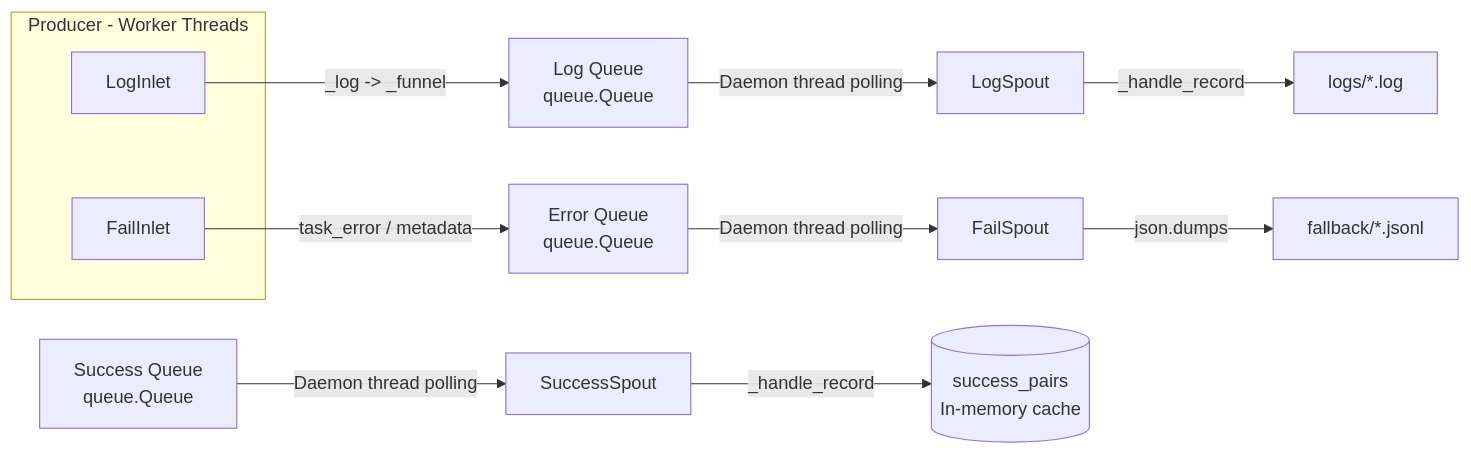
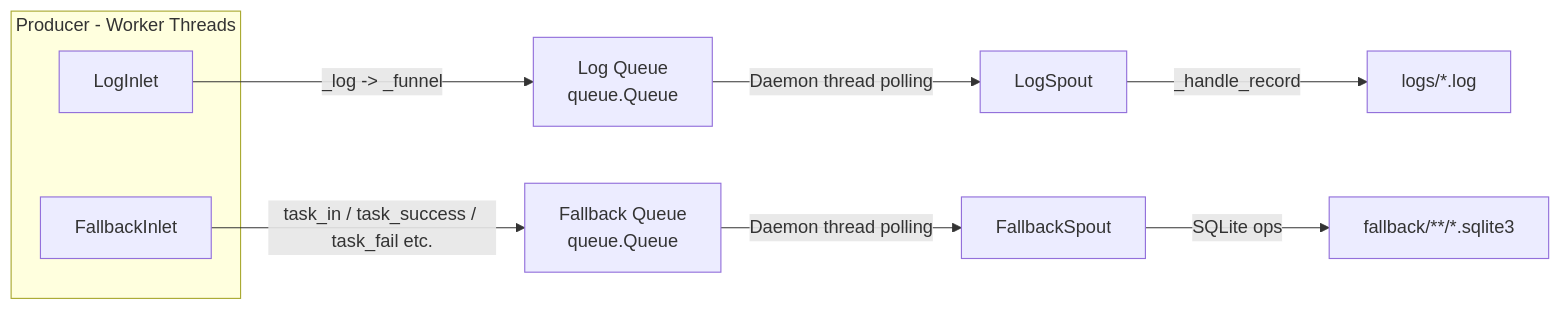
Before and after one commit to Mr-xiaotian/CelestialFlow: the diagram in docs/en/src/persistence/__init__.md, drawn with Mermaid. The commit also changed other lines of this file and 168 other files, not shown here.

````diff
--- a/docs/en/src/persistence/__init__.md
+++ b/docs/en/src/persistence/__init__.md
@@ -80,19 +71,16 @@
 ```mermaid
 flowchart LR
     subgraph Producer[Producer - Worker Threads]
         LogInlet[LogInlet]
-        FailInlet[FailInlet]
+        FallbackInlet[FallbackInlet]
     end
 
     LogInlet -->|_log -> _funnel| LogQueue[Log Queue<br/>queue.Queue]
-    FailInlet -->|task_error / metadata| FailQueue[Error Queue<br/>queue.Queue]
+    FallbackInlet -->|task_in / task_success / task_fail etc.| FallbackQueue[Fallback Queue<br/>queue.Queue]
 
     LogQueue -->|Daemon thread polling| LogSpout[LogSpout]
-    FailQueue -->|Daemon thread polling| FailSpout[FailSpout]
+    FallbackQueue -->|Daemon thread polling| FallbackSpout[FallbackSpout]
 
     LogSpout -->|_handle_record| LogFile[logs/*.log]
-    FailSpout -->|json.dumps| FailFile[fallback/*.jsonl]
-
-    SrcQueue[Success Queue<br/>queue.Queue] -->|Daemon thread polling| SuccessSpout[SuccessSpout]
-    SuccessSpout -->|_handle_record| Cache[(success_pairs<br/>In-memory cache)]
+    FallbackSpout -->|SQLite ops| SQLiteFile[fallback/**/*.sqlite3]
 ```
````
